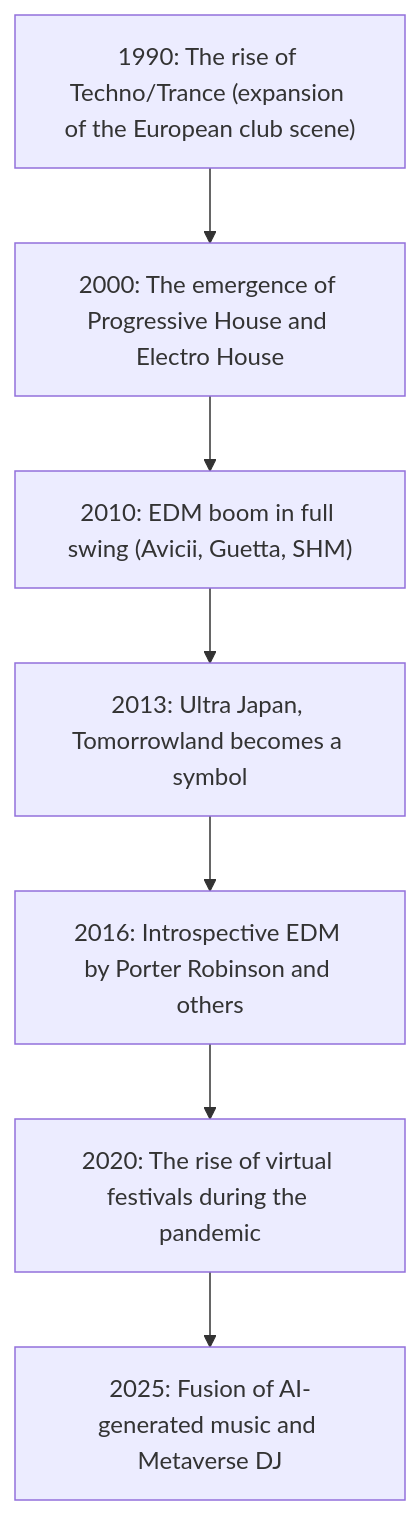
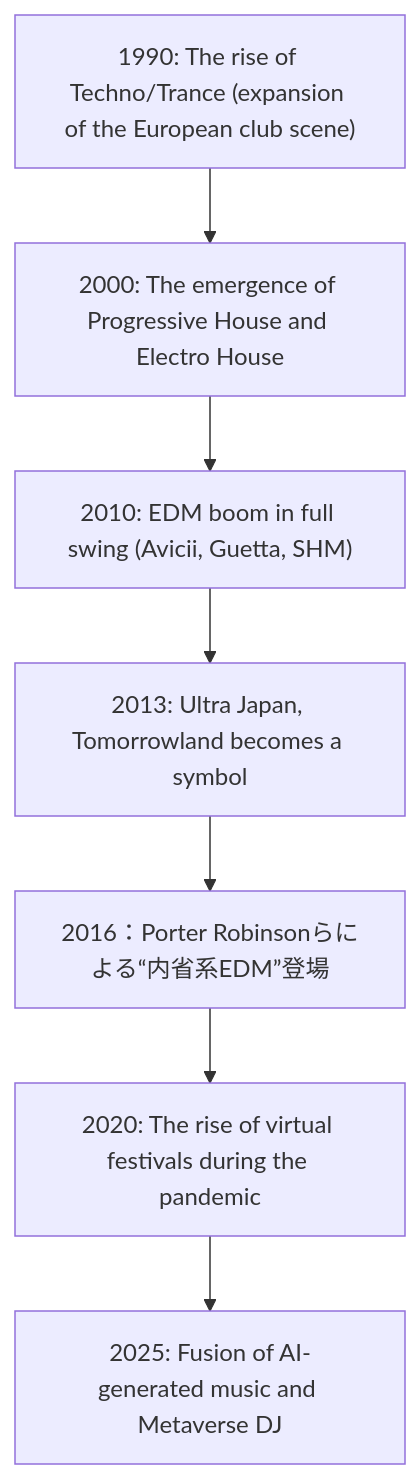
The diagram in en/_posts/2025-10-12-Column-EDM.md (monumental-movement/monumental-movement.github.io), drawn with Mermaid before and after one commit. The commit also changed other lines of this file and 2196 other files, not shown here.

```diff
--- a/en/_posts/2025-10-12-Column-EDM.md
+++ b/en/_posts/2025-10-12-Column-EDM.md
@@ -197,16 +197,16 @@
 <div class="mermaid">
 
 flowchart TD
     A1990["1990: The rise of Techno/Trance (expansion of the European club scene)"]
     A2000["2000: The emergence of Progressive House and Electro House"]
     A2010["2010: EDM boom in full swing (Avicii, Guetta, SHM)"]
     A2013["2013: Ultra Japan, Tomorrowland becomes a symbol"]
-    A2016["2016: Introspective EDM by Porter Robinson and others"]
+    A2016["2016：Porter Robinsonらによる“内省系EDM”登場"]
     A2020["2020: The rise of virtual festivals during the pandemic"]
     A2025["2025: Fusion of AI-generated music and Metaverse DJ"]
 
     A1990 --> A2000 --> A2010 --> A2013 --> A2016 --> A2020 --> A2025
 
 
 
 </div>
```
